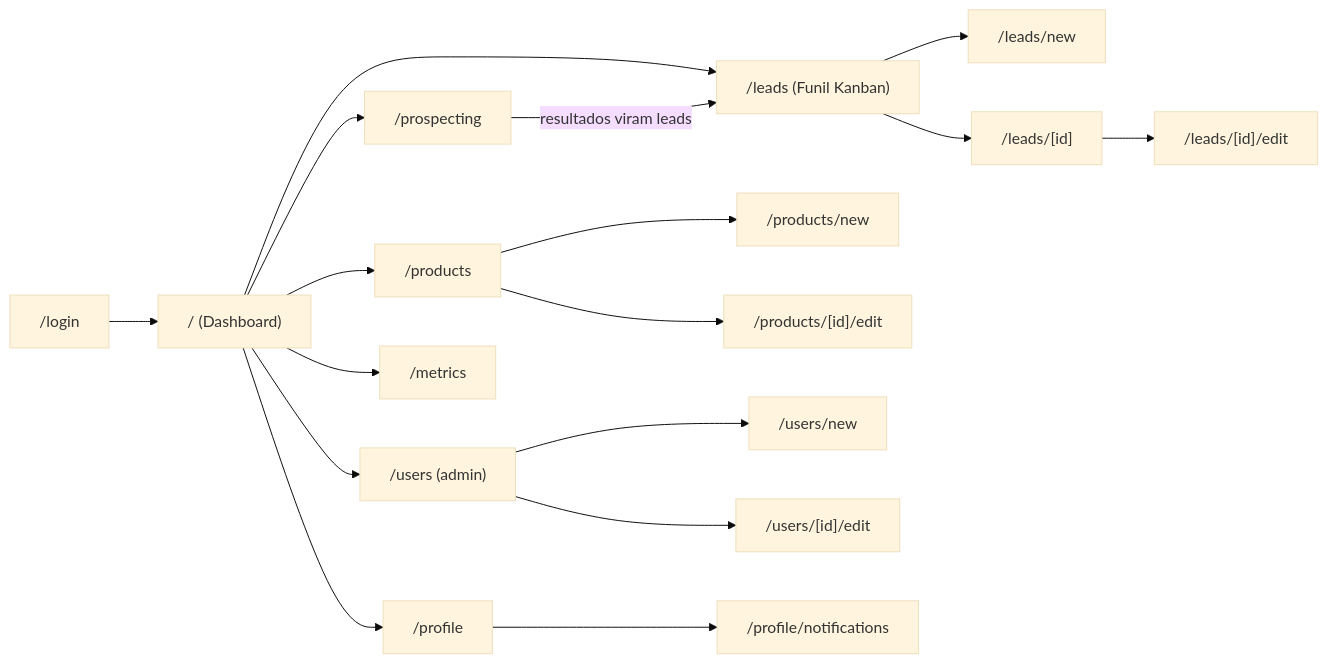
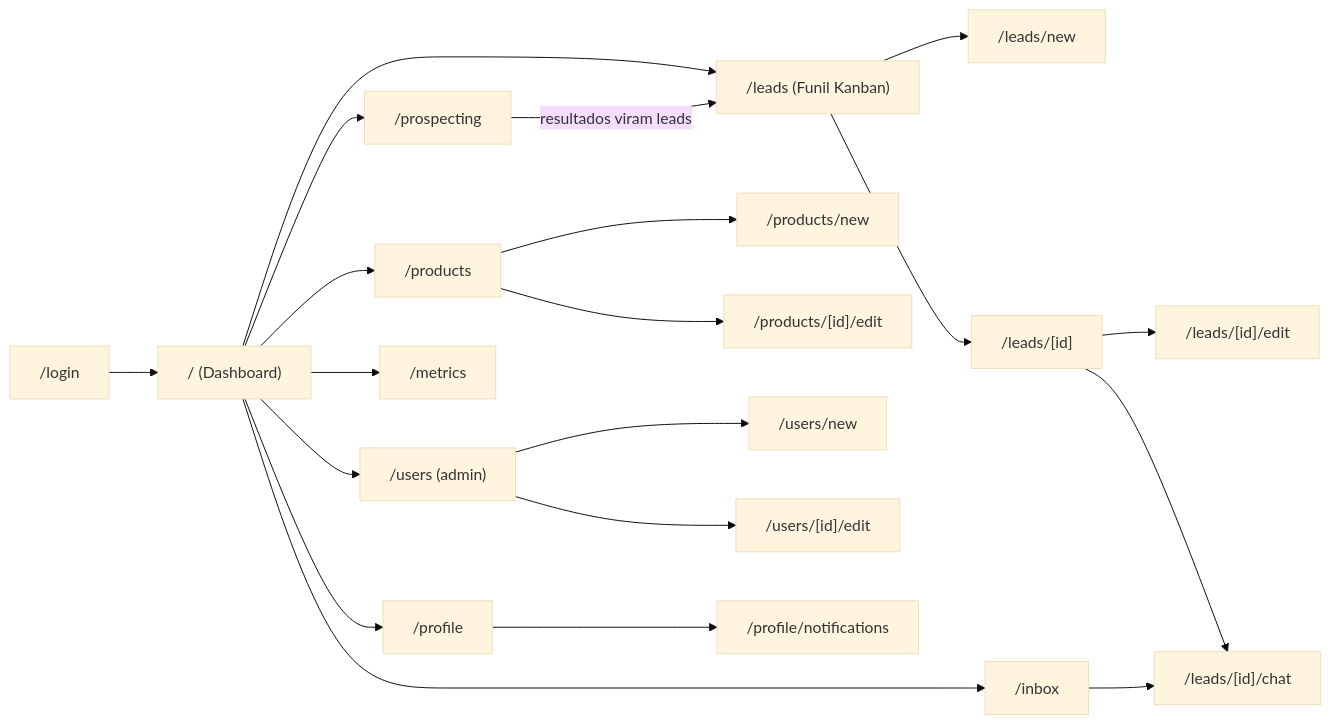
The diagram in 04-rotas-e-telas.md (indianous/lead-system), drawn with Mermaid (base theme) before and after one commit. The commit also changed other lines of this file and 3 other files, not shown here.

First line of the commit message:
Adiciona funcionalidade de central de mensagens (chat com o lead)

````diff
--- a/04-rotas-e-telas.md
+++ b/04-rotas-e-telas.md
@@ -19,19 +19,22 @@
 ```mermaid
 flowchart LR
     LOGIN["/login"] --> HOME["/ (Dashboard)"]
     HOME --> LEADS["/leads (Funil Kanban)"]
     LEADS --> LEAD_NEW["/leads/new"]
     LEADS --> LEAD_DETAIL["/leads/[id]"]
     LEAD_DETAIL --> LEAD_EDIT["/leads/[id]/edit"]
+    LEAD_DETAIL --> LEAD_CHAT["/leads/[id]/chat"]
+    HOME --> INBOX["/inbox"]
+    INBOX --> LEAD_CHAT
     HOME --> PROSPECT["/prospecting"]
     PROSPECT -->|resultados viram leads| LEADS
     HOME --> PRODUCTS["/products"]
     PRODUCTS --> PRODUCT_NEW["/products/new"]
     PRODUCTS --> PRODUCT_EDIT["/products/[id]/edit"]
     HOME --> USERS["/users (admin)"]
     USERS --> USER_NEW["/users/new"]
     USERS --> USER_EDIT["/users/[id]/edit"]
     HOME --> METRICS["/metrics"]
     HOME --> PROFILE["/profile"]
     PROFILE --> NOTIF["/profile/notifications"]
 ```
````
